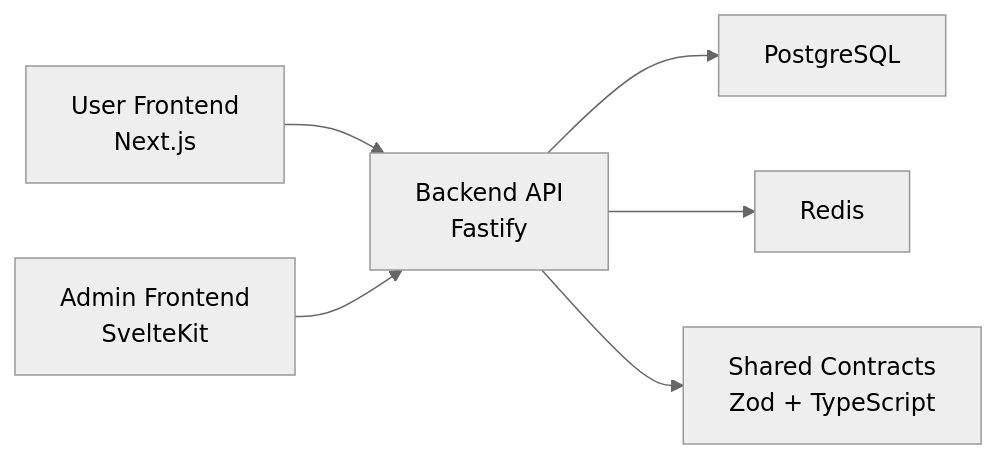
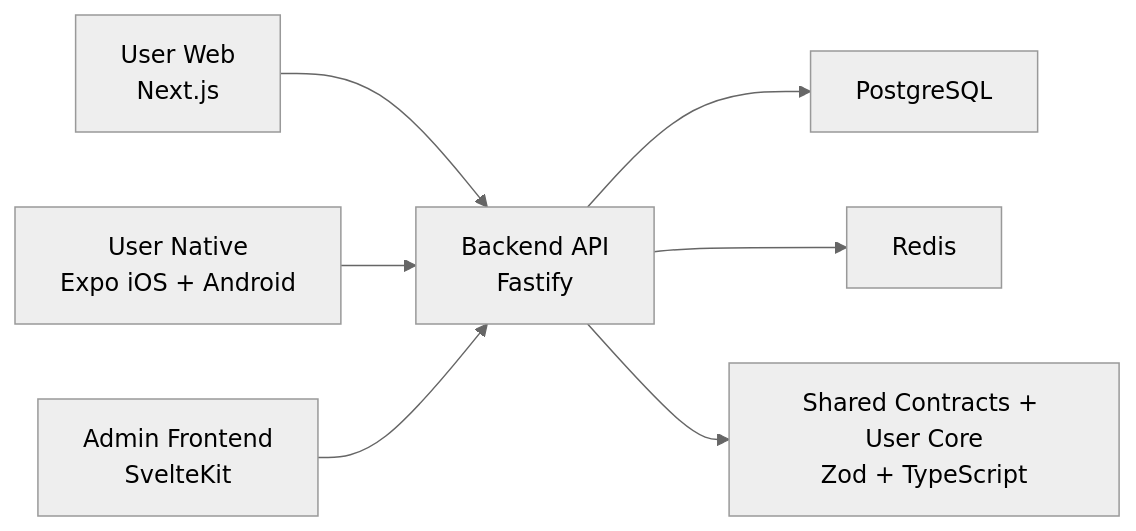
The diagram in README.md (bzha0038au-ops/probabilistic-reward-distribution-system), drawn with Mermaid (neutral theme) before and after one commit. The commit also changed other lines of this file and 131 other files, not shown here.

````diff
--- a/README.md
+++ b/README.md
@@ -152,8 +170,9 @@
 ```mermaid
 flowchart LR
-    A["User Frontend<br/>Next.js"] --> C["Backend API<br/>Fastify"]
-    B["Admin Frontend<br/>SvelteKit"] --> C
+    A["User Web<br/>Next.js"] --> C["Backend API<br/>Fastify"]
+    B["User Native<br/>Expo iOS + Android"] --> C
+    G["Admin Frontend<br/>SvelteKit"] --> C
     C --> D["PostgreSQL"]
     C --> E["Redis"]
-    C --> F["Shared Contracts<br/>Zod + TypeScript"]
+    C --> F["Shared Contracts + User Core<br/>Zod + TypeScript"]
 ```
````
